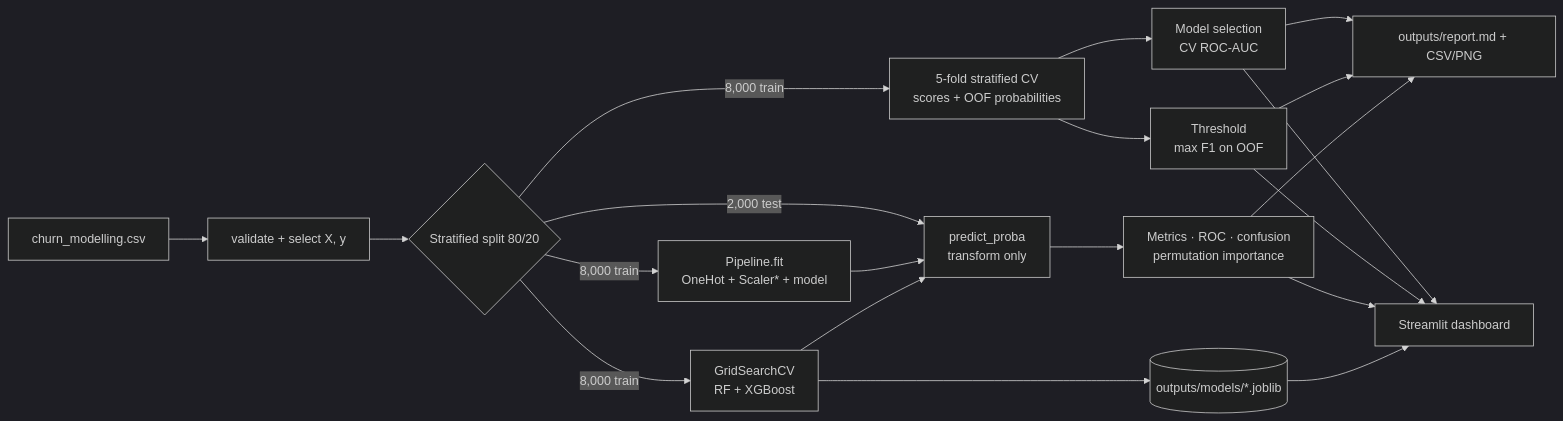
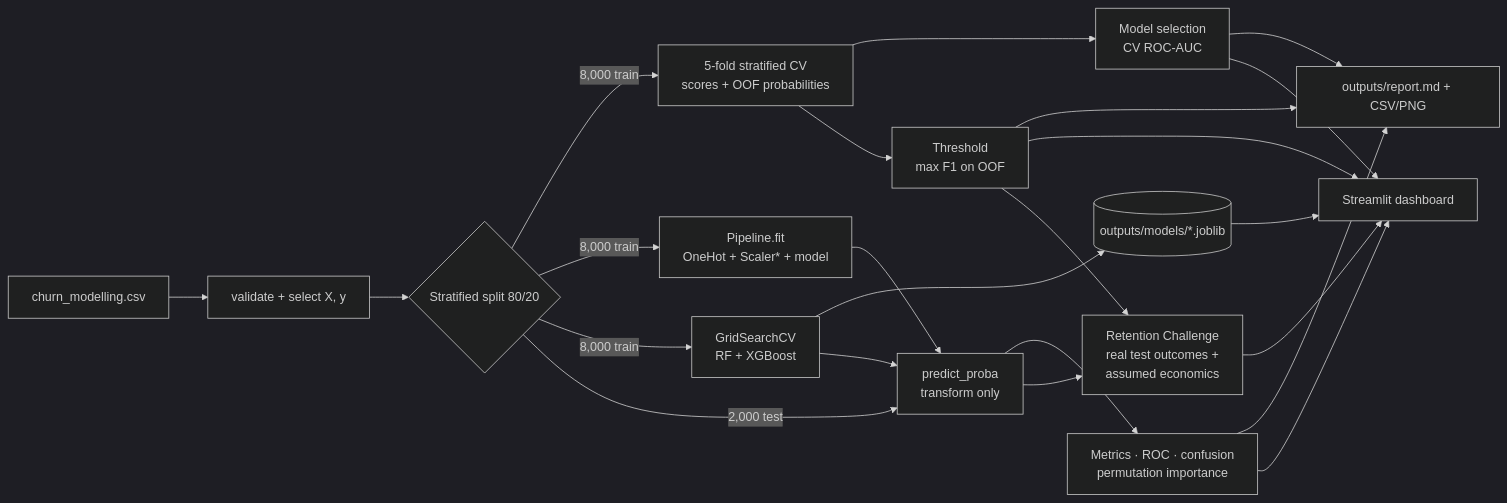
Before and after one commit to itaybs/bank-churn-prediction: the diagram in README.md, drawn with Mermaid (dark theme). The commit also changed other lines of this file and 5 other files, not shown here.

First line of the commit message:
Add the Bank Manager Retention Challenge mini-game

````diff
--- a/README.md
+++ b/README.md
@@ -256,17 +275,19 @@
 ```mermaid
 flowchart LR
     A[churn_modelling.csv] --> B[validate + select X, y]
     B --> C{Stratified split 80/20}
     C -->|8,000 train| D[5-fold stratified CV<br/>scores + OOF probabilities]
     C -->|8,000 train| E[Pipeline.fit<br/>OneHot + Scaler* + model]
     C -->|8,000 train| T[GridSearchCV<br/>RF + XGBoost]
     C -->|2,000 test| F[predict_proba<br/>transform only]
     D --> G[Model selection<br/>CV ROC-AUC]
     D --> H[Threshold<br/>max F1 on OOF]
     E --> F
     T --> M[(outputs/models/*.joblib)]
     T --> F
     F --> I[Metrics · ROC · confusion<br/>permutation importance]
     G & H & I --> R[outputs/report.md + CSV/PNG]
     G & H & I & M --> S[Streamlit dashboard]
+    F & H --> GM[Retention Challenge<br/>real test outcomes +<br/>assumed economics]
+    GM --> S
 ```
````
